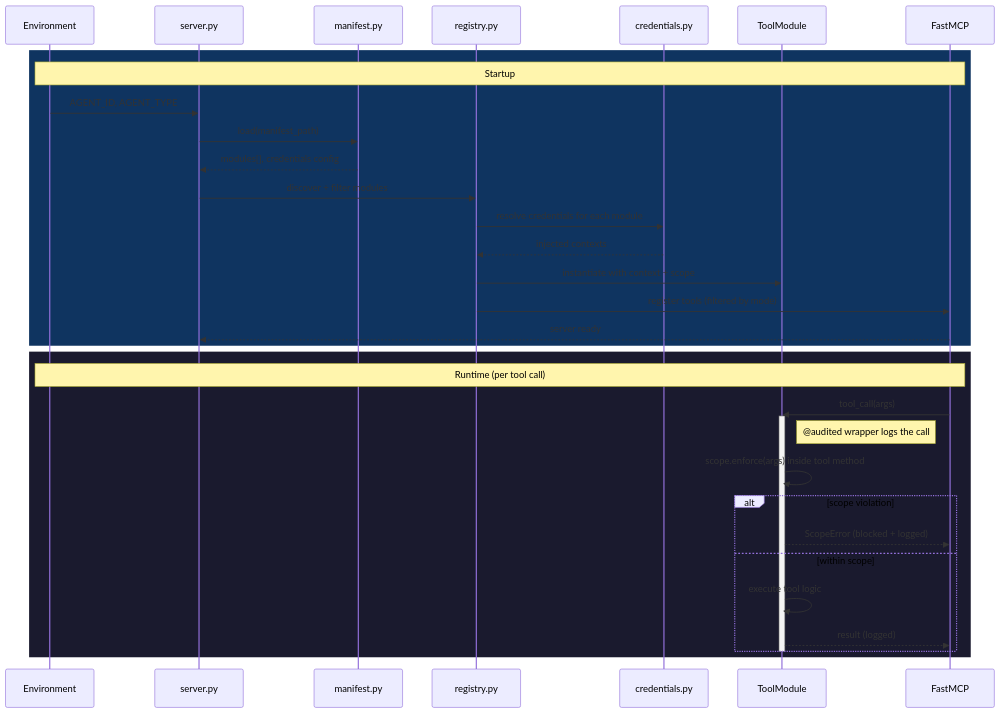
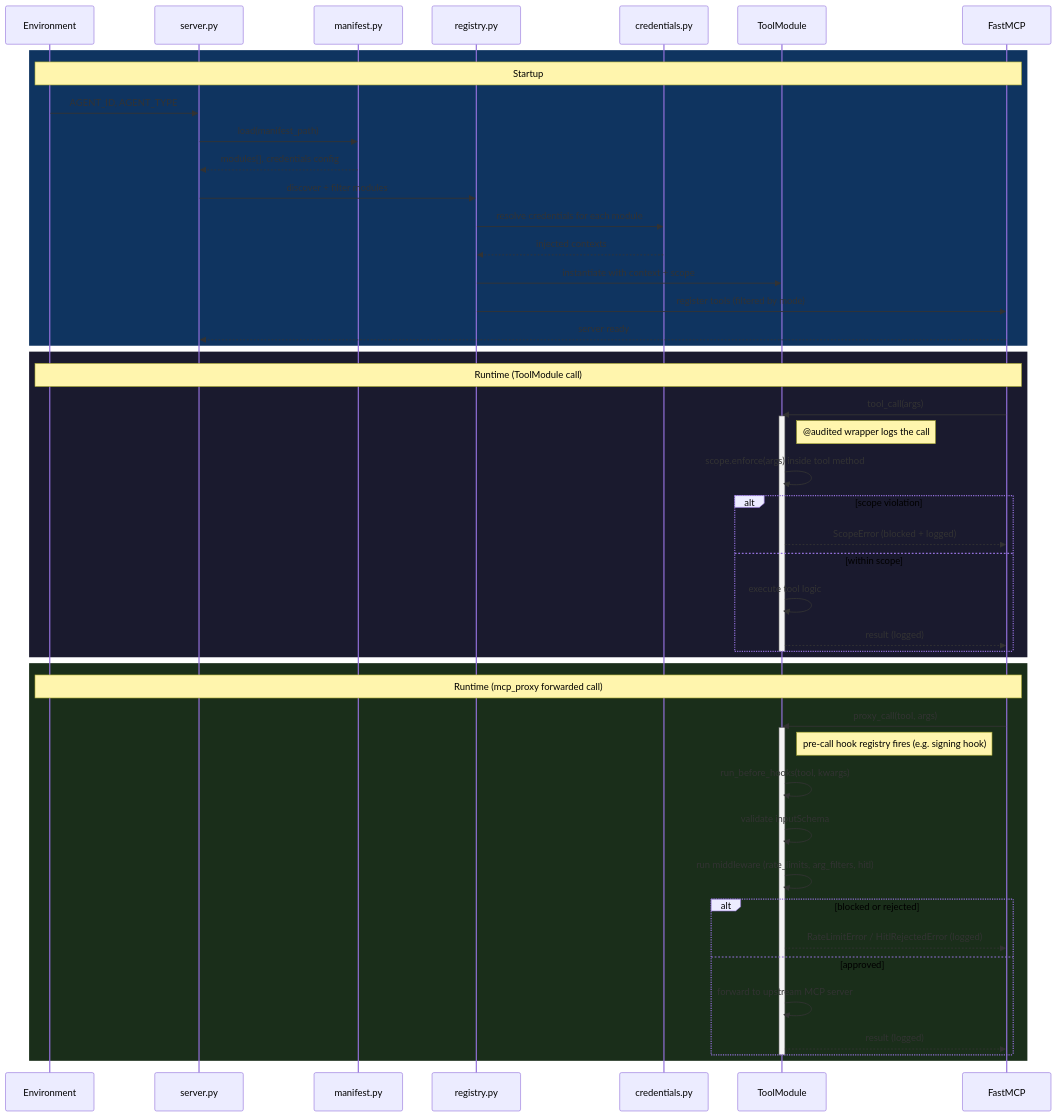
Before and after one commit to TadMSTR/scoped-mcp: the diagram in ARCHITECTURE.md, drawn with Mermaid. The commit also changed 3 other files, not shown here.

First line of the commit message:
docs: update README and diagrams for v1.2.2

````diff
--- a/ARCHITECTURE.md
+++ b/ARCHITECTURE.md
@@ -9,38 +9,55 @@
 ```mermaid
 sequenceDiagram
     participant Env as Environment
     participant S as server.py
     participant Man as manifest.py
     participant Reg as registry.py
     participant Cred as credentials.py
     participant Mod as ToolModule
     participant FM as FastMCP
 
     rect rgb(15, 52, 96)
         Note over Env,FM: Startup
         Env->>S: AGENT_ID, AGENT_TYPE
         S->>Man: load(manifest_path)
         Man-->>S: modules[], credentials config
         S->>Reg: discover + filter modules
         Reg->>Cred: resolve credentials for each module
         Cred-->>Reg: injected contexts
         Reg->>Mod: instantiate with context + scope
         Reg->>FM: register tools (filtered by mode)
         FM-->>S: server ready
     end
 
     rect rgb(26, 26, 46)
-        Note over Env,FM: Runtime (per tool call)
+        Note over Env,FM: Runtime (ToolModule call)
         FM->>Mod: tool_call(args)
         activate Mod
         Note right of Mod: @audited wrapper logs the call
         Mod->>Mod: scope.enforce(args) inside tool method
         alt scope violation
             Mod-->>FM: ScopeError (blocked + logged)
         else within scope
             Mod->>Mod: execute tool logic
             Mod-->>FM: result (logged)
         end
         deactivate Mod
     end
+
+    rect rgb(26, 46, 26)
+        Note over Env,FM: Runtime (mcp_proxy forwarded call)
+        FM->>Mod: proxy_call(tool, args)
+        activate Mod
+        Note right of Mod: pre-call hook registry fires (e.g. signing hook)
+        Mod->>Mod: run_before_hooks(tool, kwargs)
+        Mod->>Mod: validate inputSchema
+        Mod->>Mod: run middleware (rate_limits, arg_filters, hitl)
+        alt blocked or rejected
+            Mod-->>FM: RateLimitError / HitlRejectedError (logged)
+        else approved
+            Mod->>Mod: forward to upstream MCP server
+            Mod-->>FM: result (logged)
+        end
+        deactivate Mod
+    end
 ```
````
